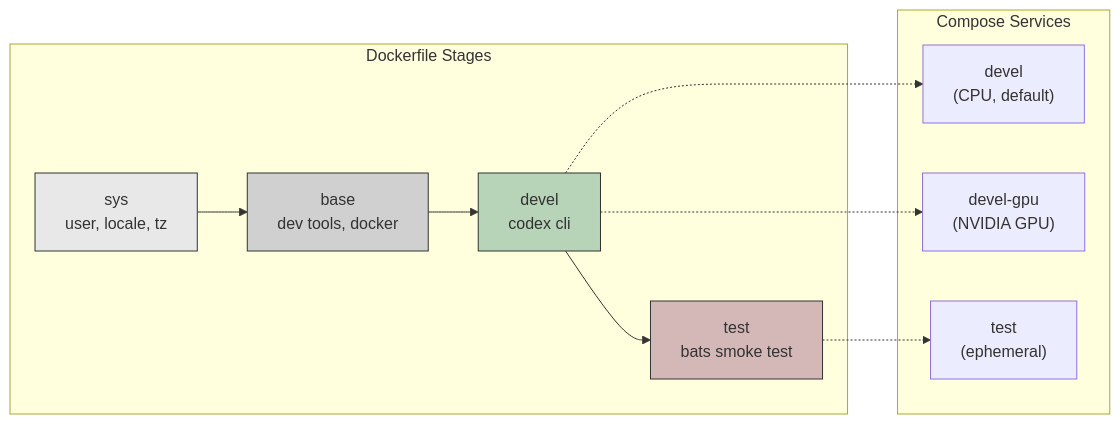
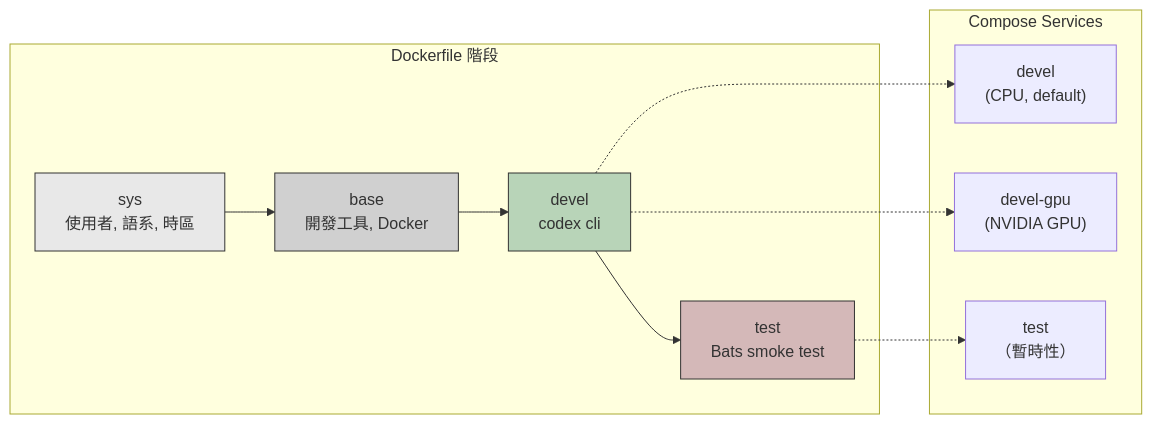
One commit to ycpss91255-docker/codex_cli changed the second of 3 diagrams in doc/README.zh-TW.md. Above: the diagram before and after it, drawn with Mermaid. The commit also changed other lines of this file and 2 other files, not shown here.

First line of the commit message:
docs: keep 'smoke test' as proper noun in i18n

````diff
--- a/doc/README.zh-TW.md
+++ b/doc/README.zh-TW.md
@@ -69,26 +69,26 @@
 ```mermaid
 graph LR
-    subgraph "Dockerfile Stages"
-        sys["sys<br/>user, locale, tz"]
-        base["base<br/>dev tools, docker"]
+    subgraph "Dockerfile 階段"
+        sys["sys<br/>使用者, 語系, 時區"]
+        base["base<br/>開發工具, Docker"]
         devel["devel<br/>codex cli"]
-        test["test<br/>bats smoke test"]
+        test["test<br/>Bats smoke test"]
     end
 
     sys --> base --> devel --> test
 
     subgraph "Compose Services"
         S_CPU["devel<br/>(CPU, default)"]
         S_GPU["devel-gpu<br/>(NVIDIA GPU)"]
-        S_Test["test<br/>(ephemeral)"]
+        S_Test["test<br/>（暫時性）"]
     end
 
     devel -.-> S_CPU
     devel -.-> S_GPU
     test -.-> S_Test
 
     style sys fill:#e8e8e8,stroke:#333
     style base fill:#d0d0d0,stroke:#333
     style devel fill:#b8d4b8,stroke:#333
     style test fill:#d4b8b8,stroke:#333
 ```
````
